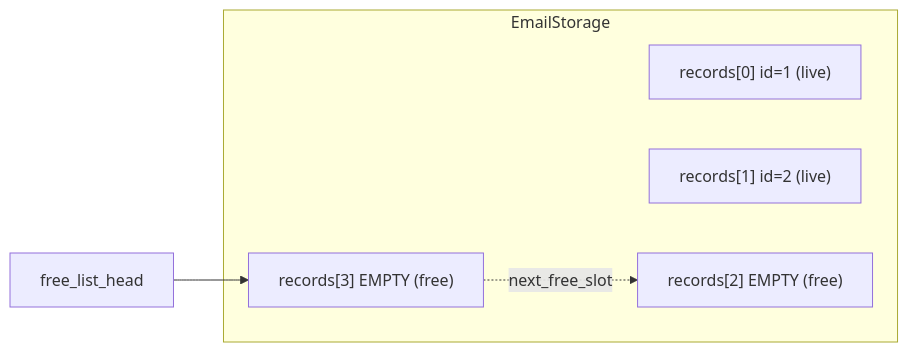
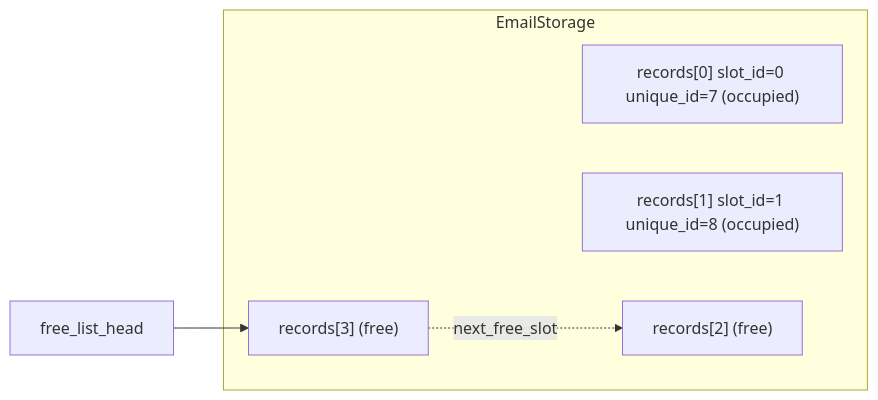
One commit to DBJARH/DBJ_CODING_SKILLS changed the second of 2 diagrams in tribute_to_tony/dbj_discriminated_union.md. Above: the diagram before and after it, drawn with Mermaid. The commit also changed other lines of this file and 3 other files, not shown here.

First line of the commit message:
Fix config-loading forward reference, add TRICKY_TEST, split EmailId into slot_id/unique_id

````diff
--- a/tribute_to_tony/dbj_discriminated_union.md
+++ b/tribute_to_tony/dbj_discriminated_union.md
@@ -60,10 +80,10 @@
 ```mermaid
 graph LR
     subgraph EmailStorage
-        R1["records[0] id=1 (live)"]
-        R2["records[1] id=2 (live)"]
-        R3["records[2] EMPTY (free)"]
-        R4["records[3] EMPTY (free)"]
+        R1["records[0] slot_id=0 unique_id=7 (occupied)"]
+        R2["records[1] slot_id=1 unique_id=8 (occupied)"]
+        R3["records[2] (free)"]
+        R4["records[3] (free)"]
     end
     free_list_head --> R4 -. next_free_slot .-> R3
 ```
````
